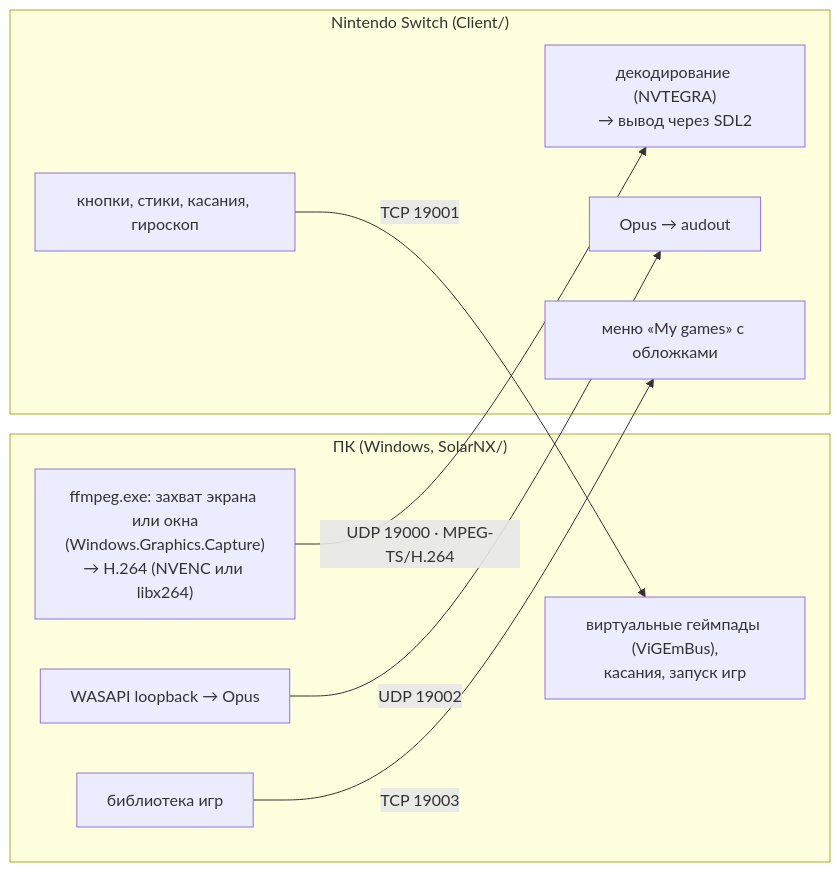
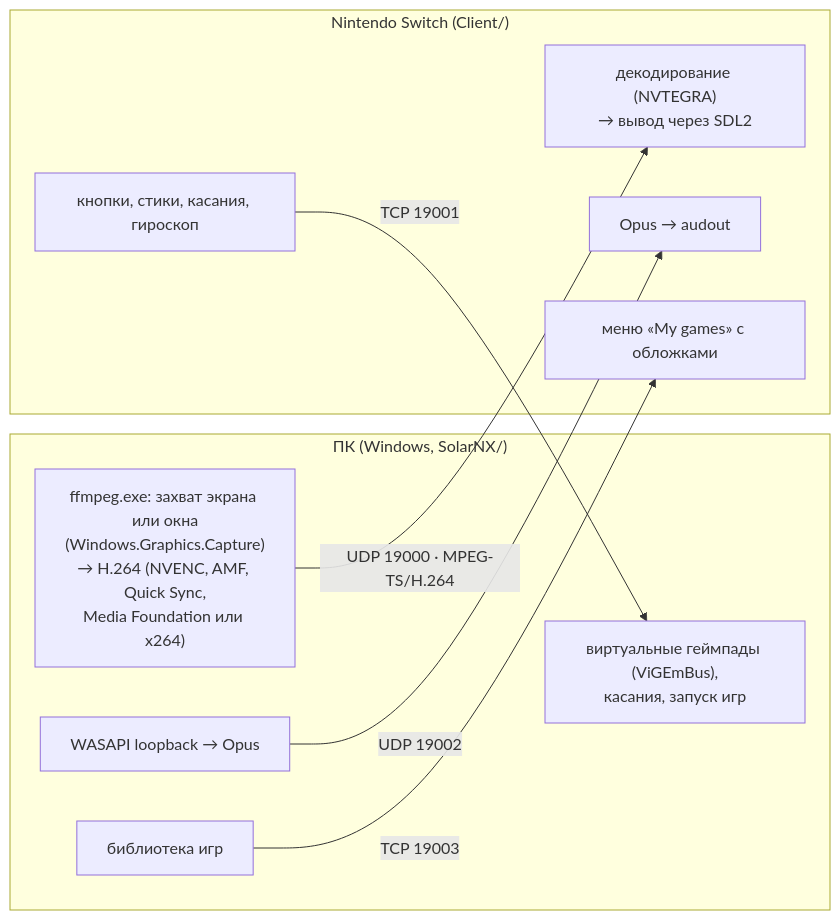
The diagram in docs/architecture.md (HaDoKit/SolarNX), drawn with Mermaid before and after one commit. The commit also changed 20 other files, not shown here.

First line of the commit message:
Video encoding on any GPU: NVIDIA, AMD, Intel, Media Foundation

````diff
--- a/docs/architecture.md
+++ b/docs/architecture.md
@@ -7,19 +7,19 @@
 ```mermaid
 flowchart LR
     subgraph PC["ПК (Windows, SolarNX/)"]
-        cap["ffmpeg.exe: захват экрана или окна<br/>(Windows.Graphics.Capture)<br/>→ H.264 (NVENC или libx264)"]
+        cap["ffmpeg.exe: захват экрана или окна<br/>(Windows.Graphics.Capture)<br/>→ H.264 (NVENC, AMF, Quick Sync,<br/>Media Foundation или x264)"]
         aud["WASAPI loopback → Opus"]
         inp["виртуальные геймпады (ViGEmBus),<br/>касания, запуск игр"]
         lib["библиотека игр"]
     end
     subgraph NX["Nintendo Switch (Client/)"]
         dec["декодирование (NVTEGRA)<br/>→ вывод через SDL2"]
         play["Opus → audout"]
         ctl["кнопки, стики, касания, гироскоп"]
         menu["меню «My games» с обложками"]
     end
     cap -- "UDP 19000 · MPEG-TS/H.264" --> dec
     aud -- "UDP 19002" --> play
     ctl -- "TCP 19001" --> inp
     lib -- "TCP 19003" --> menu
 ```
````
